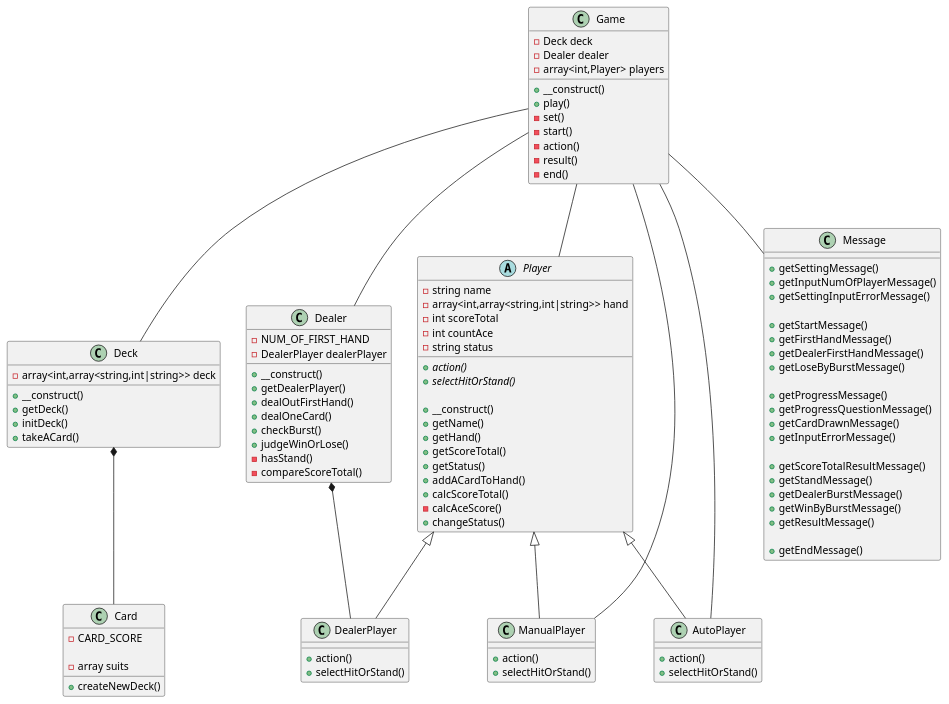
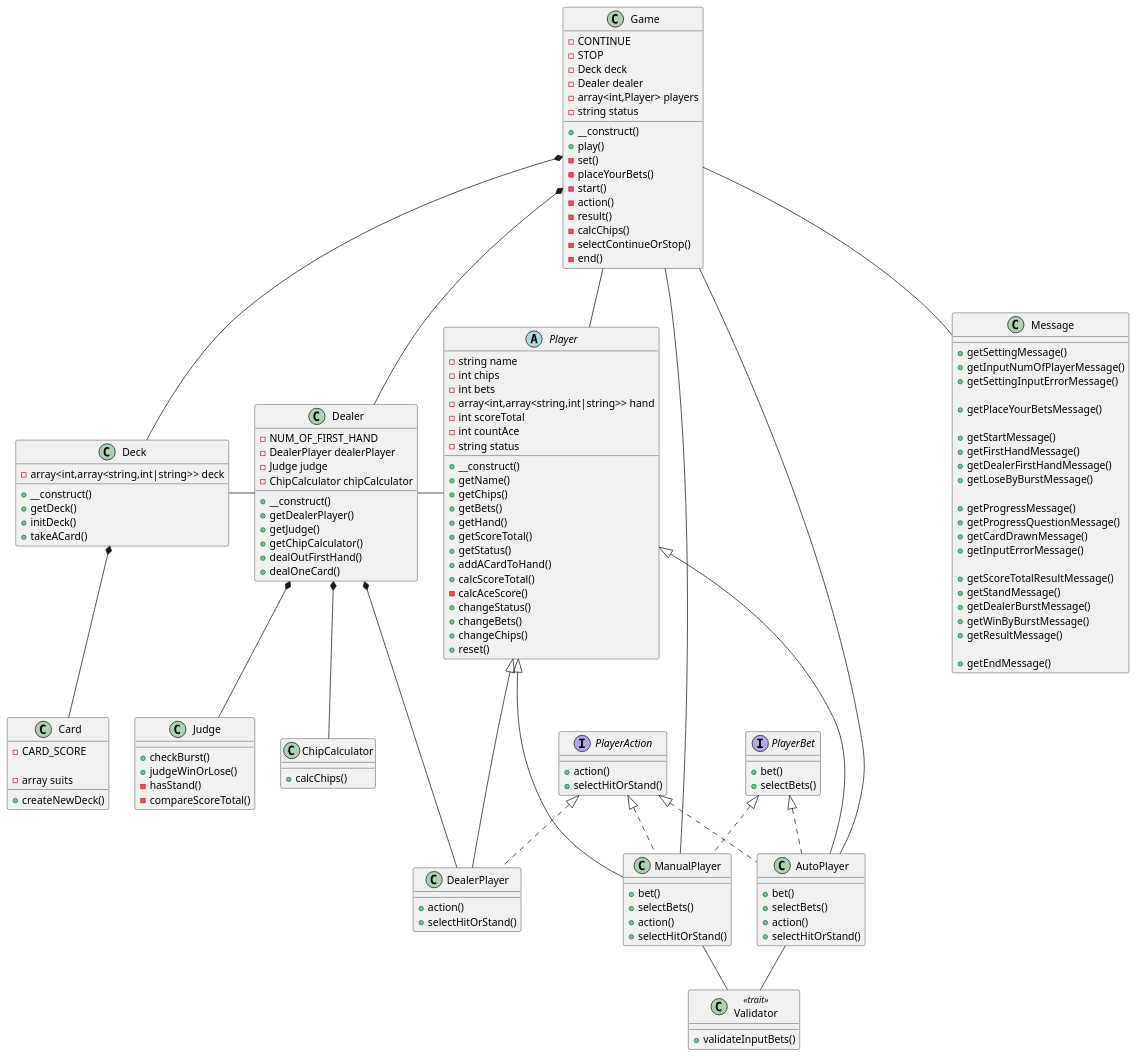
The diagram in docs/class.plantuml (ryamate/php-oop-cli-blackjack), drawn with PlantUML before and after one commit. The commit also changed 24 other files, not shown here.

```diff
--- a/docs/class.plantuml
+++ b/docs/class.plantuml
@@ -1,119 +1,171 @@
 @startuml Blackjack
 
 class Game {
+  -CONTINUE
+  -STOP
   -Deck deck
   -Dealer dealer
   -array<int,Player> players
+  -string status
 
   +__construct()
   +play()
   -set()
+  -placeYourBets()
   -start()
   -action()
   -result()
+  -calcChips()
+  -selectContinueOrStop()
   -end()
 }
 
 class Deck {
   -array<int,array<string,int|string>> deck
 
   +__construct()
   +getDeck()
   +initDeck()
   +takeACard()
 }
 
 class Card {
   -CARD_SCORE
 
   -array suits
   +createNewDeck()
 }
 
 class Dealer {
   -NUM_OF_FIRST_HAND
   -DealerPlayer dealerPlayer
+  -Judge judge
+  -ChipCalculator chipCalculator
 
   +__construct()
   +getDealerPlayer()
+  +getJudge()
+  +getChipCalculator()
   +dealOutFirstHand()
   +dealOneCard()
+}
+
+class Judge {
   +checkBurst()
   +judgeWinOrLose()
   -hasStand()
   -compareScoreTotal()
 }
 
+class ChipCalculator {
+  +calcChips()
+}
+
 abstract Player {
   -string name
+  -int chips
+  -int bets
   -array<int,array<string,int|string>> hand
   -int scoreTotal
   -int countAce
   -string status
 
-  +{abstract} action()
-  +{abstract} selectHitOrStand()
-
   +__construct()
   +getName()
+  +getChips()
+  +getBets()
   +getHand()
   +getScoreTotal()
   +getStatus()
   +addACardToHand()
   +calcScoreTotal()
   -calcAceScore()
   +changeStatus()
+  +changeBets()
+  +changeChips()
+  +reset()
+}
+
+interface PlayerAction {
+  +action()
+  +selectHitOrStand()
+}
+
+interface PlayerBet {
+  +bet()
+  +selectBets()
 }
 
 class DealerPlayer {
   +action()
   +selectHitOrStand()
 }
 
 class ManualPlayer {
+  +bet()
+  +selectBets()
   +action()
   +selectHitOrStand()
 }
 
 class AutoPlayer {
+  +bet()
+  +selectBets()
   +action()
   +selectHitOrStand()
+}
+
+class Validator <<trait>> {
+  +validateInputBets()
 }
 
 class Message {
   +getSettingMessage()
   +getInputNumOfPlayerMessage()
   +getSettingInputErrorMessage()
+
+  +getPlaceYourBetsMessage()
 
   +getStartMessage()
   +getFirstHandMessage()
   +getDealerFirstHandMessage()
   +getLoseByBurstMessage()
 
   +getProgressMessage()
   +getProgressQuestionMessage()
   +getCardDrawnMessage()
   +getInputErrorMessage()
 
   +getScoreTotalResultMessage()
   +getStandMessage()
   +getDealerBurstMessage()
   +getWinByBurstMessage()
   +getResultMessage()
 
   +getEndMessage()
 }
 
-Game -- Deck
+Game *-- Deck
 Deck *-- Card
-Game -- Dealer
+Game *-- Dealer
+Deck - Dealer
+Dealer - Player
+Dealer *-- Judge
+Dealer *-- ChipCalculator
 Dealer *-- DealerPlayer
 Game -- Player
 Game --- ManualPlayer
 Game --- AutoPlayer
-Player <|-- DealerPlayer
-Player <|-- ManualPlayer
-Player <|-- AutoPlayer
+Player <|--- DealerPlayer
+Player <|--- ManualPlayer
+Player <|--- AutoPlayer
+PlayerAction <|.. DealerPlayer
+PlayerAction <|.. ManualPlayer
+PlayerAction <|.. AutoPlayer
+PlayerBet <|.. ManualPlayer
+PlayerBet <|.. AutoPlayer
+ManualPlayer -- Validator
+AutoPlayer -- Validator
 Game -- Message
 
 @enduml
```
